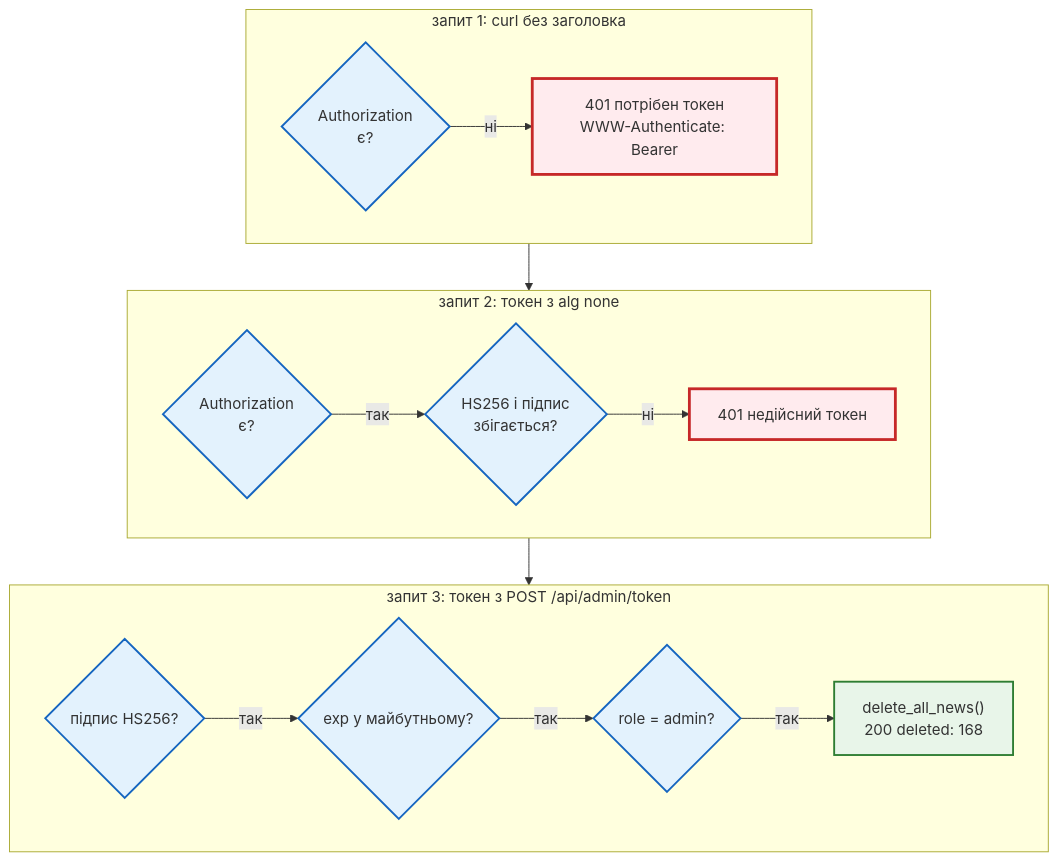
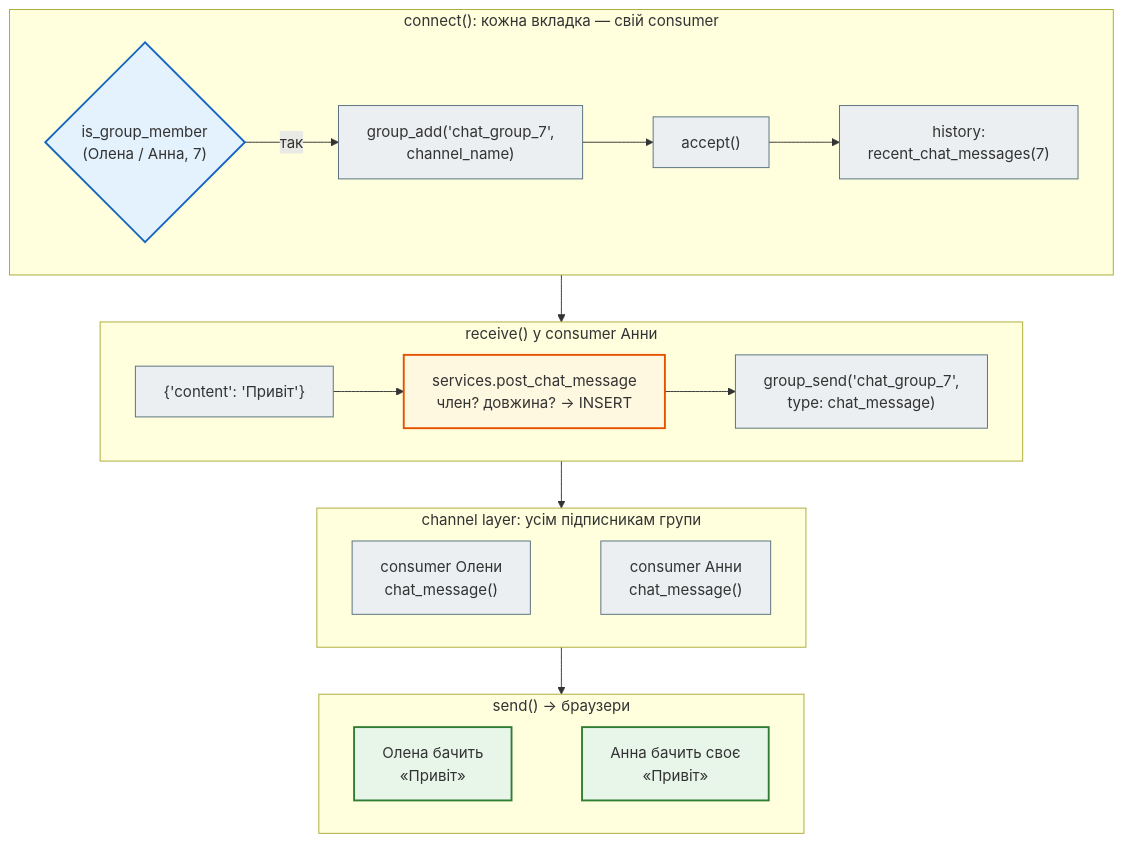
One commit to AlinaRadchenko/PY-Course-Victor-Nikoriak-22-09-2026 changed the second of 4 diagrams in docs/modules/m4/lesson_46.md. Above: the diagram before and after it, drawn with Mermaid. The commit also changed other lines of this file and 1846 other files, not shown here.

````diff
--- a/docs/modules/m4/lesson_46.md
+++ b/docs/modules/m4/lesson_46.md
@@ -181,26 +257,34 @@
 ```mermaid
 flowchart TD
     classDef step     fill:#eceff1,stroke:#546e7a,stroke-width:1px;
     classDef decision fill:#e3f2fd,stroke:#1565c0,stroke-width:2px;
     classDef success  fill:#e8f5e9,stroke:#2e7d32,stroke-width:2px;
     classDef error    fill:#ffebee,stroke:#c62828,stroke-width:3px;
     classDef warning  fill:#fff8e1,stroke:#e65100,stroke-width:2px;
 
-    subgraph A["запит 1: curl без заголовка"]
+    subgraph C1["connect(): кожна вкладка — свій consumer"]
         direction LR
-        a1{"Authorization<br>є?"} -- ні --> a2["401 потрібен токен<br>WWW-Authenticate: Bearer"]
+        c1{"is_group_member<br>(Олена / Анна, 7)"} -- так --> c2["group_add('chat_group_7',<br>channel_name)"] --> c3["accept()"] --> c4["history:<br>recent_chat_messages(7)"]
     end
-    subgraph B["запит 2: токен з alg none"]
+    subgraph C2["receive() у consumer Анни"]
         direction LR
-        b1{"Authorization<br>є?"} -- так --> b2{"HS256 і підпис<br>збігається?"} -- ні --> b3["401 недійсний токен"]
+        r1["{'content': 'Привіт'}"] --> r2["services.post_chat_message<br>член? довжина? → INSERT"] --> r3["group_send('chat_group_7',<br>type: chat_message)"]
     end
-    subgraph C["запит 3: токен з POST /api/admin/token"]
+    subgraph C3["channel layer: усім підписникам групи"]
         direction LR
-        c1{"підпис HS256?"} -- так --> c2{"exp у майбутньому?"} -- так --> c3{"role = admin?"} -- так --> c4["delete_all_news()<br>200 deleted: 168"]
+        l1["consumer Олени<br>chat_message()"] ~~~ l2["consumer Анни<br>chat_message()"]
     end
-    A --> B --> C
+    subgraph C4["send() → браузери"]
+        direction LR
+        s1["Олена бачить<br>«Привіт»"] ~~~ s2["Анна бачить своє<br>«Привіт»"]
+    end
 
-    class a1,b1,b2,c1,c2,c3 decision
-    class a2,b3 error
-    class c4 success
+    C1 --> C2 --> C3 --> C4
+
+    class c1 decision
+    class c2,c3,c4 step
+    class r1 step
+    class r2 warning
+    class r3,l1,l2 step
+    class s1,s2 success
 ```
````
